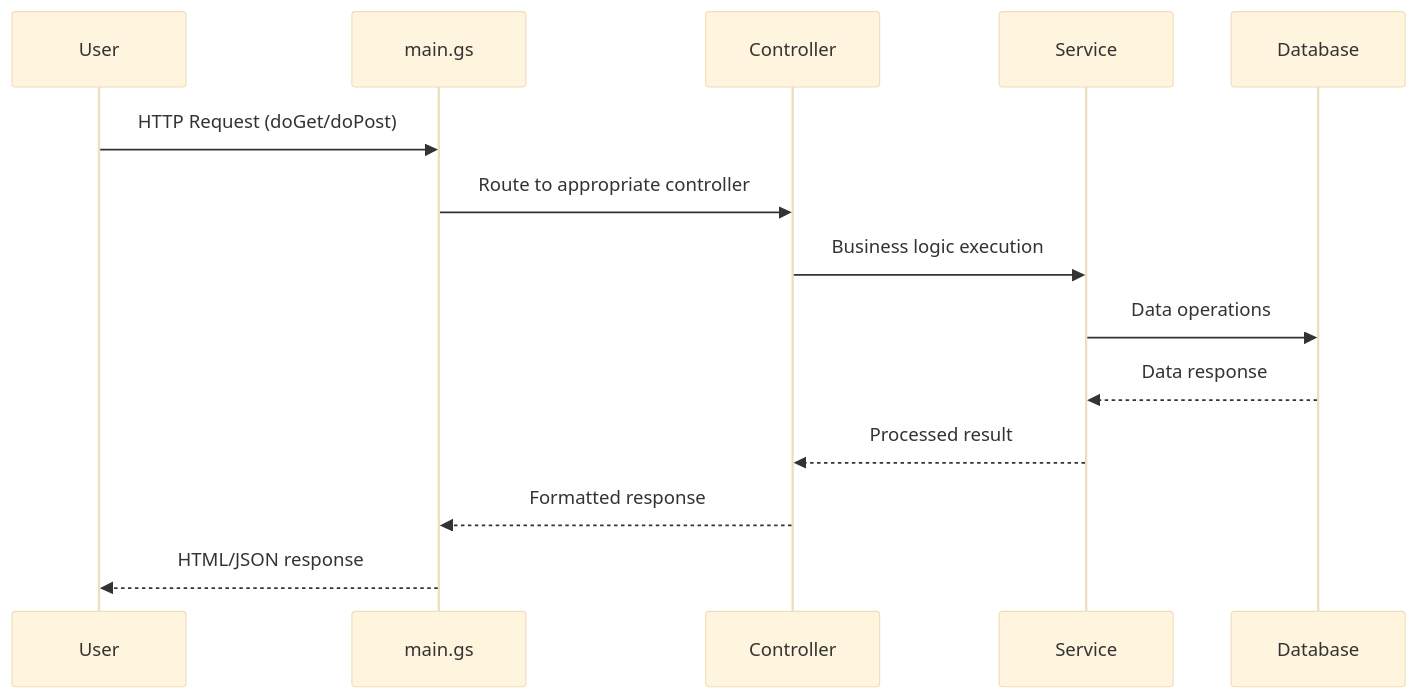
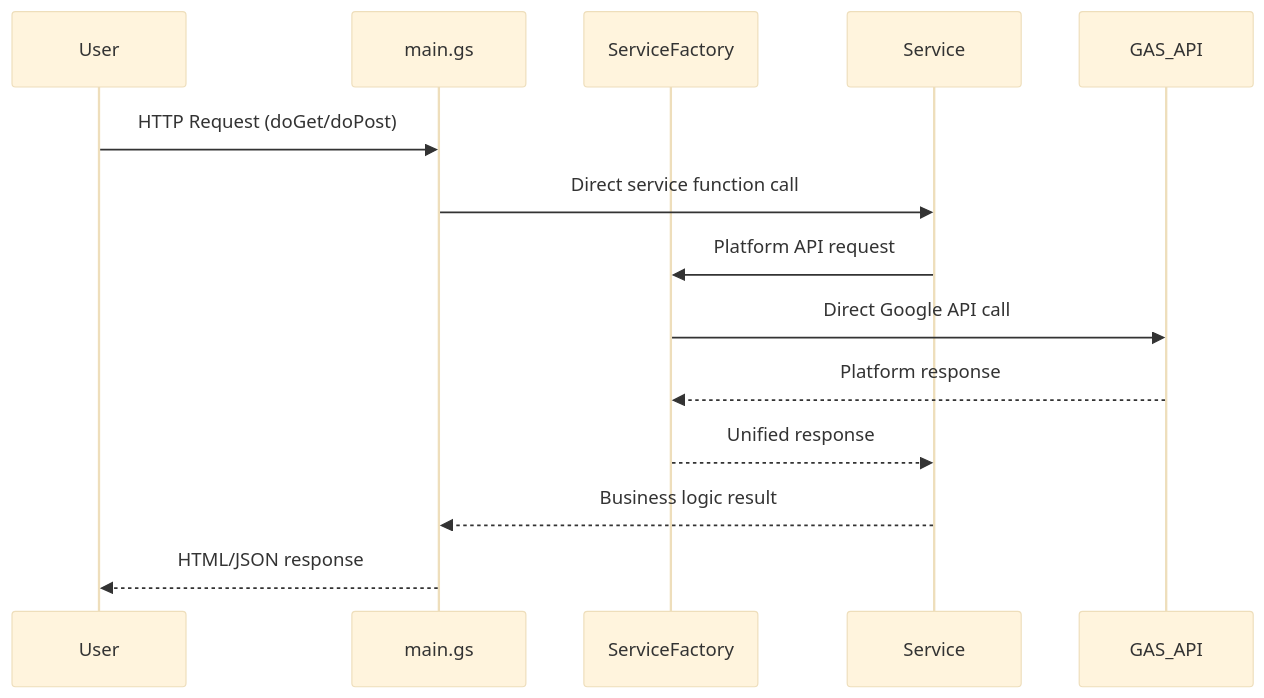
The second of 2 diagrams in README.md (atariryuma/Everyone-s-Answer-Board), drawn with Mermaid (base theme) before and after one commit. The commit also changed other lines of this file and 5 other files, not shown here.

First line of the commit message:
docs: Complete zero-dependency architecture documentation update

````diff
--- a/README.md
+++ b/README.md
@@ -189,17 +194,17 @@
 ```mermaid
 sequenceDiagram
     participant User
     participant main.gs
-    participant Controller
+    participant ServiceFactory
     participant Service
-    participant Database
+    participant GAS_API
 
     User->>main.gs: HTTP Request (doGet/doPost)
-    main.gs->>Controller: Route to appropriate controller
-    Controller->>Service: Business logic execution
-    Service->>Database: Data operations
-    Database-->>Service: Data response
-    Service-->>Controller: Processed result
-    Controller-->>main.gs: Formatted response
+    main.gs->>Service: Direct service function call
+    Service->>ServiceFactory: Platform API request
+    ServiceFactory->>GAS_API: Direct Google API call
+    GAS_API-->>ServiceFactory: Platform response
+    ServiceFactory-->>Service: Unified response
+    Service-->>main.gs: Business logic result
     main.gs-->>User: HTML/JSON response
 ```
````
